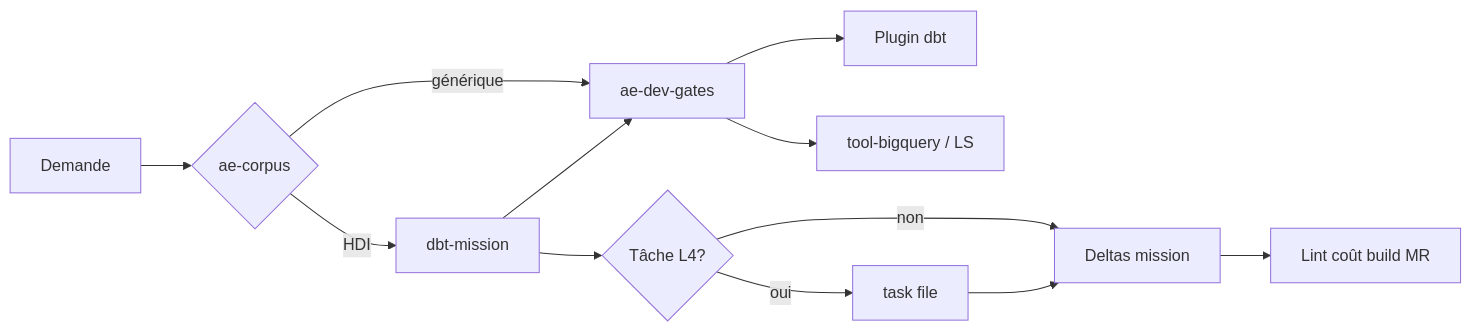
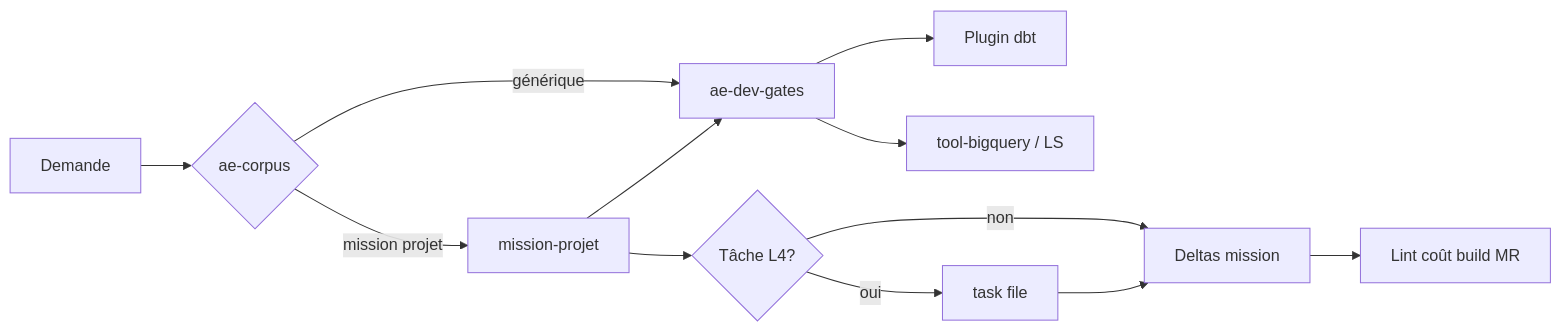
The second of 4 diagrams in skills/ae-corpus/architecture.md (doudjol57/ae-agent-skills), drawn with Mermaid before and after one commit. The commit also changed other lines of this file and 4 other files, not shown here.

````diff
--- a/skills/ae-corpus/architecture.md
+++ b/skills/ae-corpus/architecture.md
@@ -47,14 +50,14 @@
 ```mermaid
 flowchart LR
   Q[Demande] --> IDX{ae-corpus}
-  IDX -->|HDI| M[dbt-mission]
+  IDX -->|mission projet| M[mission-projet]
   IDX -->|générique| G[ae-dev-gates]
   M --> G
   G --> P[Plugin dbt]
   G --> Tool[tool-bigquery / LS]
   M --> Task{Tâche L4?}
   Task -->|oui| L4[task file]
   Task -->|non| Impl[Deltas mission]
   L4 --> Impl
   Impl --> Out[Lint coût build MR]
 ```
````
